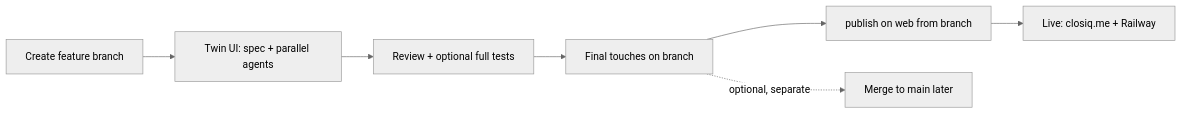
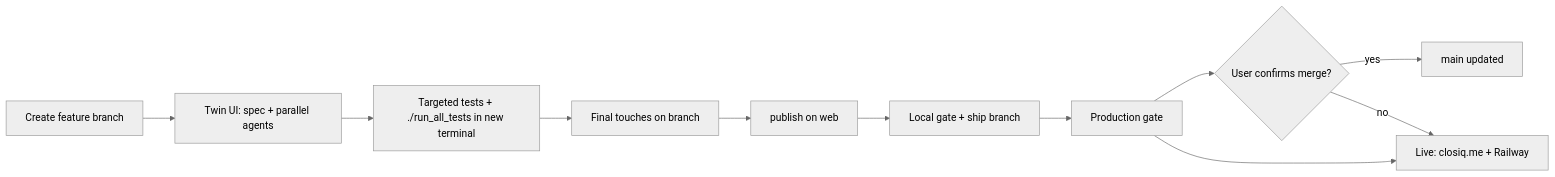
One commit to sajadparacha/outfit-suggestor-app changed the diagram in AGENT_WORKFLOWS.md. Above: the diagram before and after it, drawn with Mermaid (neutral theme). The commit also changed other lines of this file and 38 other files, not shown here.

First line of the commit message:
Add blocking AI progress modal and publish-on-web v2 gates.

````diff
--- a/AGENT_WORKFLOWS.md
+++ b/AGENT_WORKFLOWS.md
@@ -209,9 +193,13 @@
 ```mermaid
 flowchart LR
   A[Create feature branch] --> B[Twin UI: spec + parallel agents]
-  B --> C[Review + optional full tests]
+  B --> C[Targeted tests + ./run_all_tests in new terminal]
   C --> D[Final touches on branch]
-  D --> E[publish on web from branch]
-  E --> F[Live: closiq.me + Railway]
-  D -. optional, separate .-> G[Merge to main later]
+  D --> E[publish on web]
+  E --> F[Local gate + ship branch]
+  F --> G[Production gate]
+  G --> H{User confirms merge?}
+  H -->|yes| I[main updated]
+  H -->|no| J[Live: closiq.me + Railway]
+  G --> J
 ```
````
